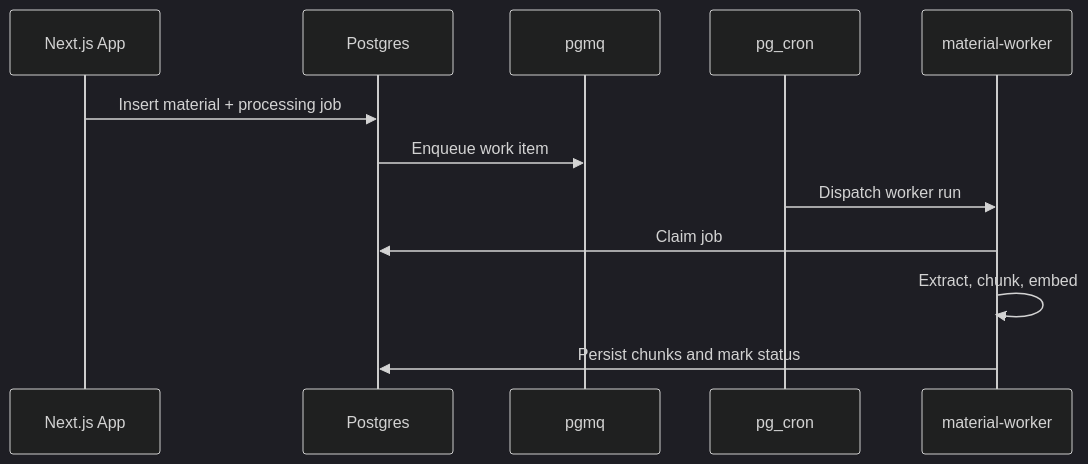
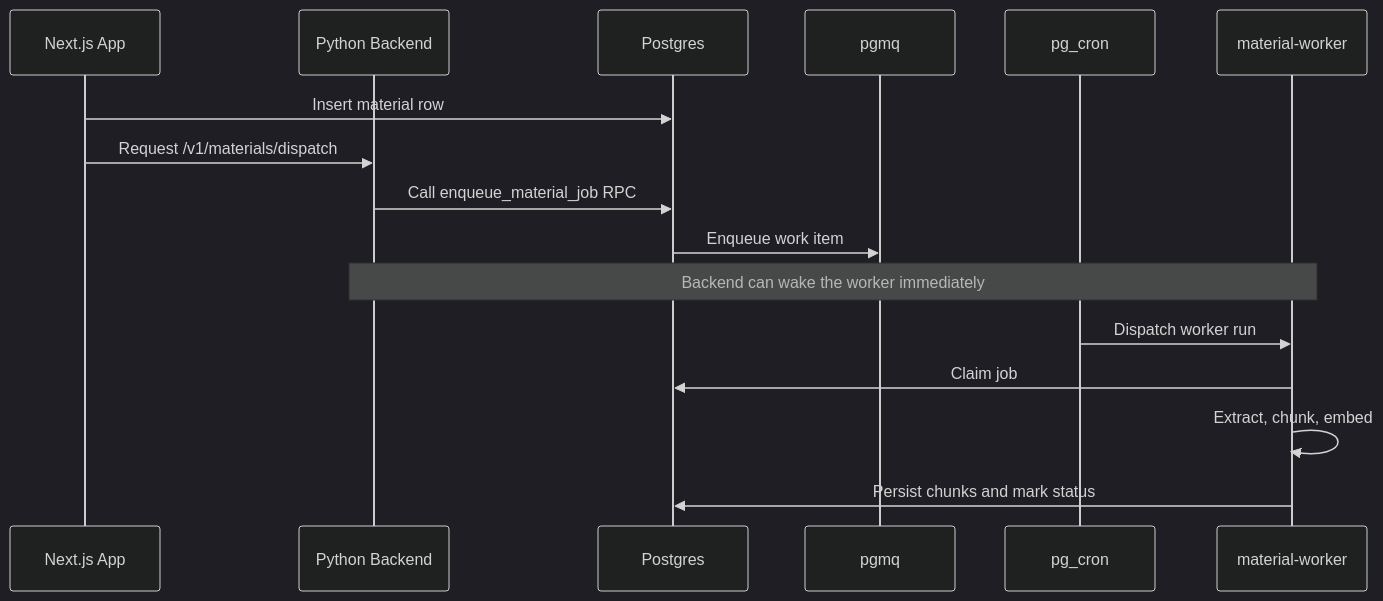
Before and after one commit to HaochenFa/AI-Learning-Platform-for-STEM: the second of 2 diagrams in supabase/README.md, drawn with Mermaid (dark theme). The commit also changed 3 other files, not shown here.

First line of the commit message:
docs: align stale mermaid diagrams with current runtime flows

````diff
--- a/supabase/README.md
+++ b/supabase/README.md
@@ -177,15 +177,19 @@
 ```mermaid
 sequenceDiagram
     participant Web as Next.js App
+    participant PY as Python Backend
     participant DB as Postgres
     participant Queue as pgmq
     participant Cron as pg_cron
     participant Worker as material-worker
 
-    Web->>DB: Insert material + processing job
+    Web->>DB: Insert material row
+    Web->>PY: Request /v1/materials/dispatch
+    PY->>DB: Call enqueue_material_job RPC
     DB->>Queue: Enqueue work item
+    Note over PY,Worker: Backend can wake the worker immediately
     Cron->>Worker: Dispatch worker run
     Worker->>DB: Claim job
     Worker->>Worker: Extract, chunk, embed
     Worker->>DB: Persist chunks and mark status
 ```
````
